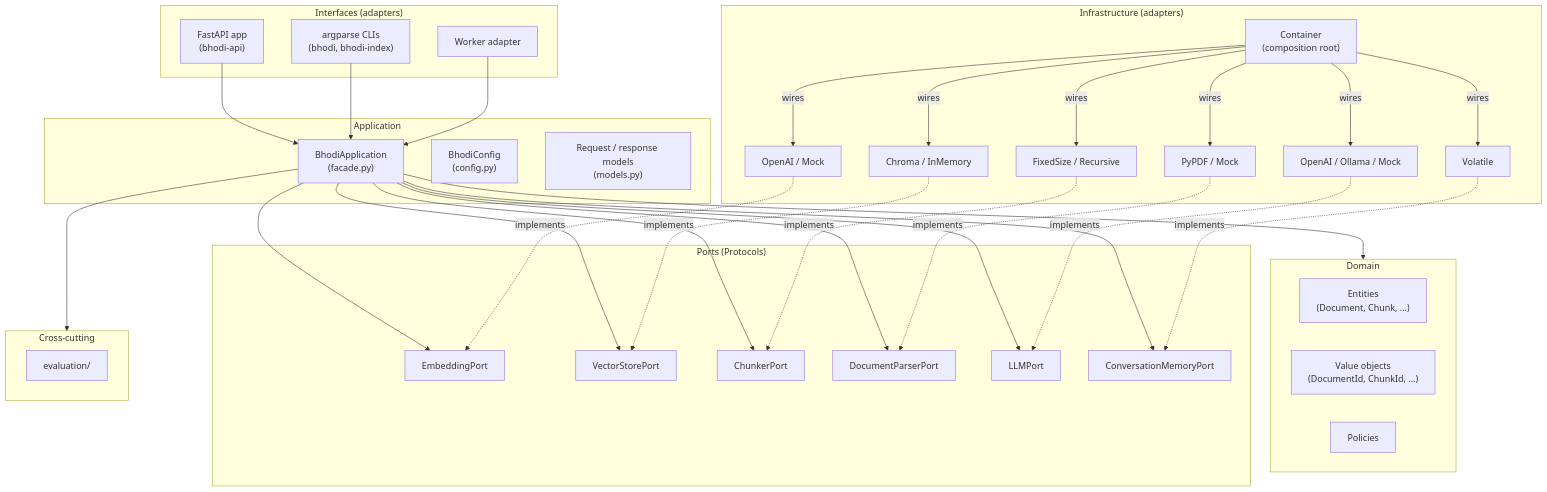
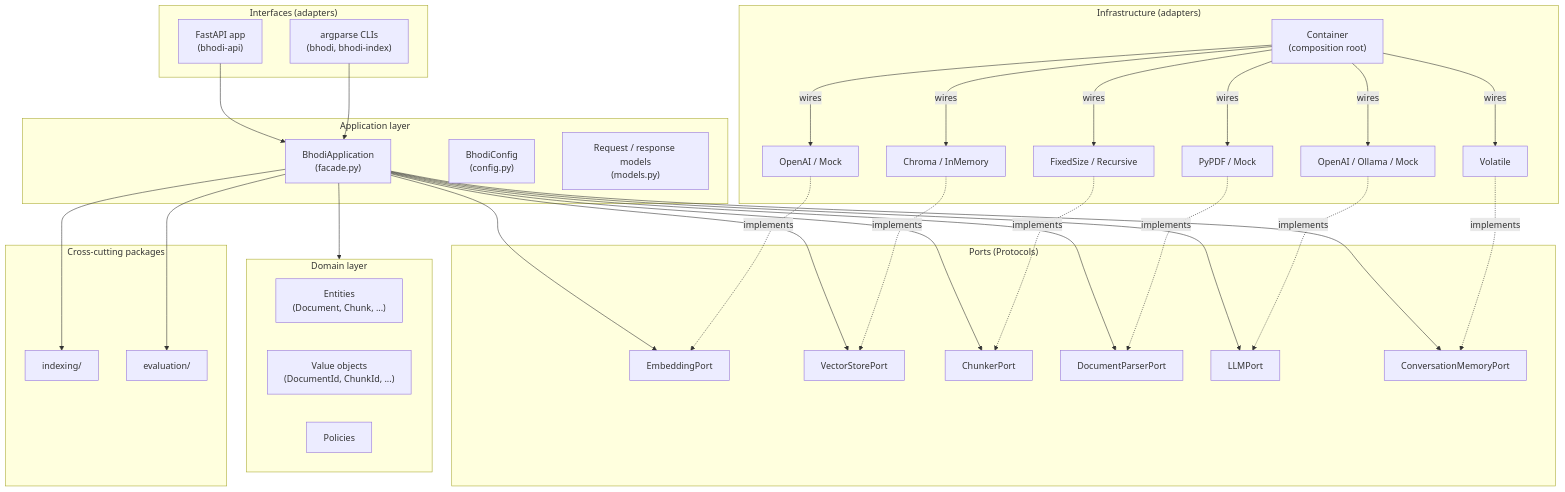
Before and after one commit to 4nibhal/Bhodi: the diagram in README.md, drawn with Mermaid. The commit also changed other lines of this file, not shown here.

````diff
--- a/README.md
+++ b/README.md
@@ -175,71 +179,71 @@
 ```mermaid
 flowchart TB
     subgraph Interfaces["Interfaces (adapters)"]
         API["FastAPI app<br/>(bhodi-api)"]
         CLI["argparse CLIs<br/>(bhodi, bhodi-index)"]
-        Worker["Worker adapter"]
     end
 
-    subgraph Application["Application"]
+    subgraph Application["Application layer"]
         Facade["BhodiApplication<br/>(facade.py)"]
         Config["BhodiConfig<br/>(config.py)"]
         Models["Request / response models<br/>(models.py)"]
     end
 
-    subgraph Domain["Domain"]
+    subgraph Domain["Domain layer"]
         Entities["Entities<br/>(Document, Chunk, ...)"]
         VO["Value objects<br/>(DocumentId, ChunkId, ...)"]
         Policy["Policies"]
     end
 
     subgraph Ports["Ports (Protocols)"]
         EP["EmbeddingPort"]
         VP["VectorStorePort"]
         CP["ChunkerPort"]
         DP["DocumentParserPort"]
         LP["LLMPort"]
         CMPort["ConversationMemoryPort"]
     end
 
     subgraph Infra["Infrastructure (adapters)"]
         Embed["OpenAI / Mock"]
         Store["Chroma / InMemory"]
         Chunk["FixedSize / Recursive"]
         Parse["PyPDF / Mock"]
         LLM["OpenAI / Ollama / Mock"]
         CMem["Volatile"]
         Container["Container<br/>(composition root)"]
     end
 
-    subgraph Cross["Cross-cutting"]
+    subgraph Cross["Cross-cutting packages"]
+        Indexing["indexing/"]
         Evaluation["evaluation/"]
     end
 
     API --> Facade
     CLI --> Facade
-    Worker --> Facade
 
     Facade --> EP
     Facade --> VP
     Facade --> CP
     Facade --> DP
     Facade --> LP
     Facade --> CMPort
 
     Container -- wires --> Embed
     Container -- wires --> Store
     Container -- wires --> Chunk
     Container -- wires --> Parse
     Container -- wires --> LLM
     Container -- wires --> CMem
 
     Embed -. implements .-> EP
     Store -. implements .-> VP
     Chunk -. implements .-> CP
     Parse -. implements .-> DP
     LLM -. implements .-> LP
     CMem -. implements .-> CMPort
 
     Facade --> Domain
-    Facade --> Cross
+    Facade --> Indexing
+    Facade --> Evaluation
 ```
````
